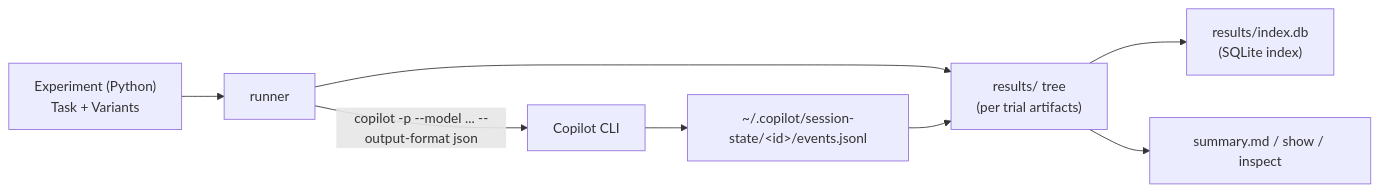
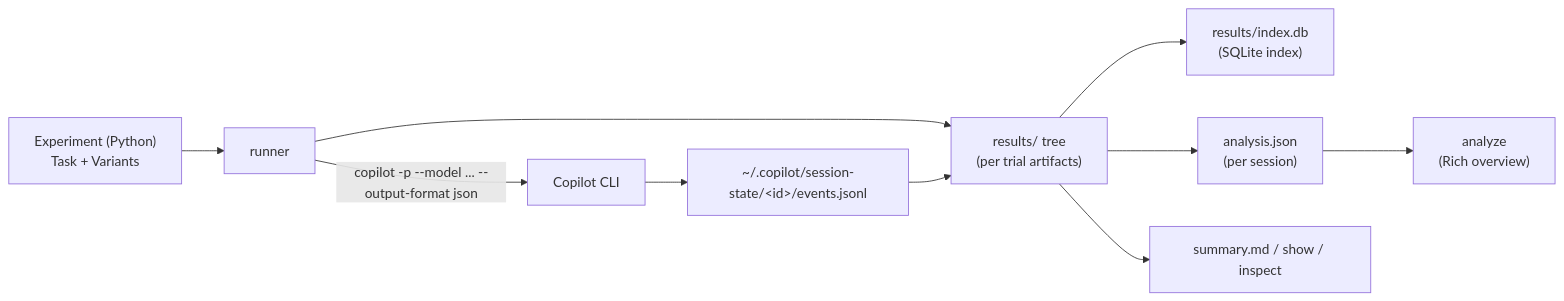
One commit to dbroeglin/github-copilot-lab changed the diagram in README.md. Above: the diagram before and after it, drawn with Mermaid. The commit also changed other lines of this file and 27 other files, not shown here.

First line of the commit message:
Add session-log analysis tracer bullet (analyze command, ADRs, docs)

````diff
--- a/README.md
+++ b/README.md
@@ -16,10 +16,12 @@
 ```mermaid
 flowchart LR
     A["Experiment (Python)\nTask + Variants"] --> B["runner"]
     B -->|"copilot -p --model ... --output-format json"| C["Copilot CLI"]
     C --> D["~/.copilot/session-state/&lt;id&gt;/events.jsonl"]
     B --> E["results/ tree\n(per trial artifacts)"]
     D --> E
     E --> F["results/index.db\n(SQLite index)"]
-    E --> G["summary.md / show / inspect"]
+    E --> G["analysis.json\n(per session)"]
+    G --> H["analyze\n(Rich overview)"]
+    E --> I["summary.md / show / inspect"]
 ```
````
